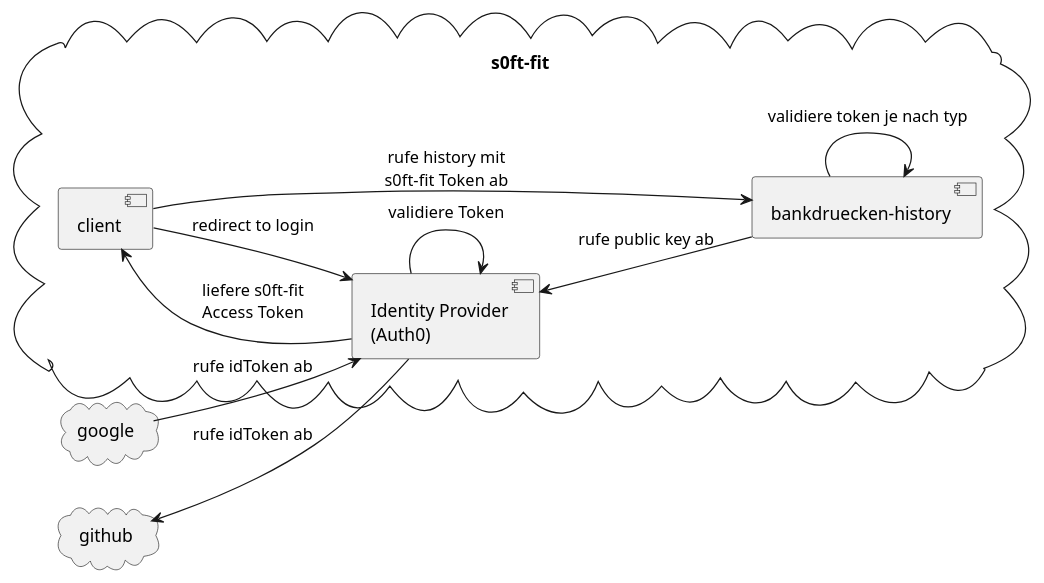
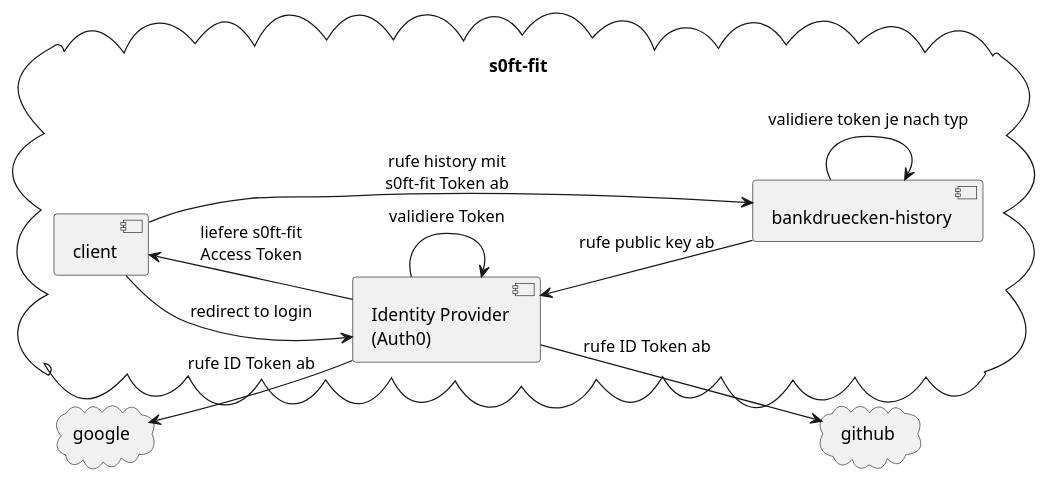
Before and after one commit to gaerfield/2021-08-oauth2-talk: the second of 3 diagrams in 6_openid_connect.md, drawn with PlantUML. The commit also changed other lines of this file and 3 other files, not shown here.

````diff
--- a/6_openid_connect.md
+++ b/6_openid_connect.md
@@ -49,21 +59,21 @@
 ```puml
 left to right direction
 cloud google
 cloud github
 cloud s0ft-fit {
   component "Identity Provider\n(Auth0)" as login
   component "bankdruecken-history" as his
   component client
 
   client --> login : redirect to login
-  google --> login  : rufe idToken ab
-  github <-- login  : rufe idToken ab
+  google <-- login  : rufe ID Token ab
+  login --> github  : rufe ID Token ab
   login --> login : validiere Token
   client <-- login : liefere s0ft-fit\nAccess Token
 
 
   login <-- his : rufe public key ab
   client --> his : rufe history mit\ns0ft-fit Token ab
   his -> his : validiere token je nach typ
 }
 ```
````
